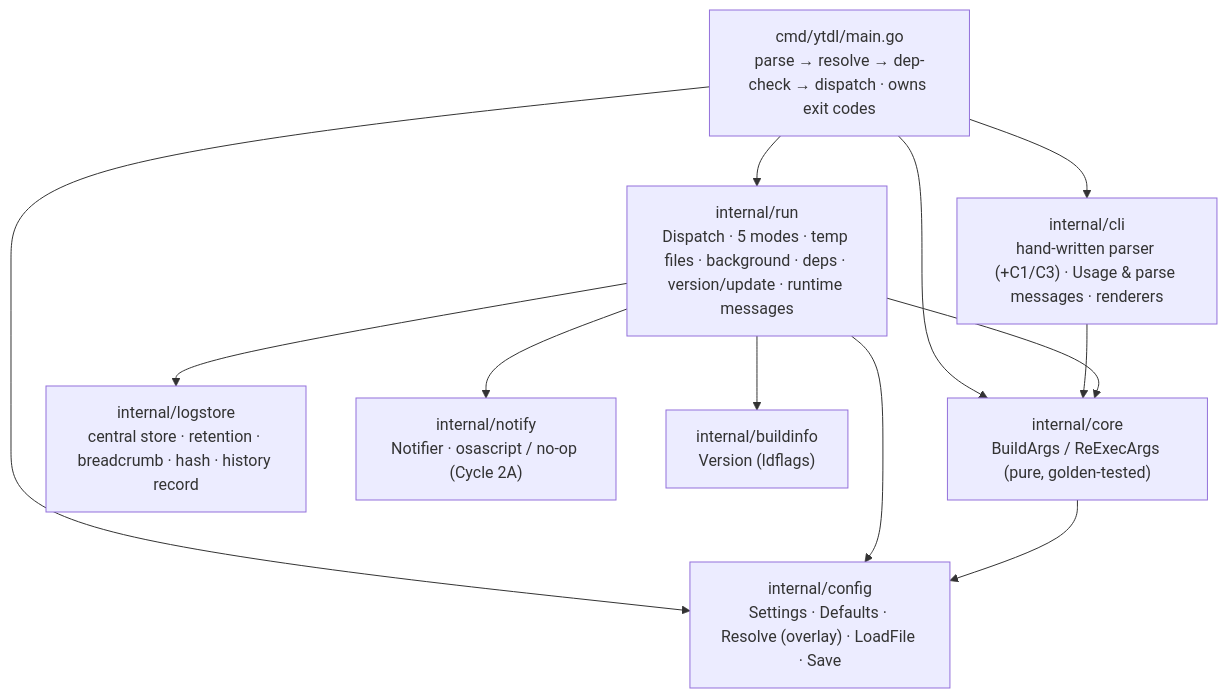
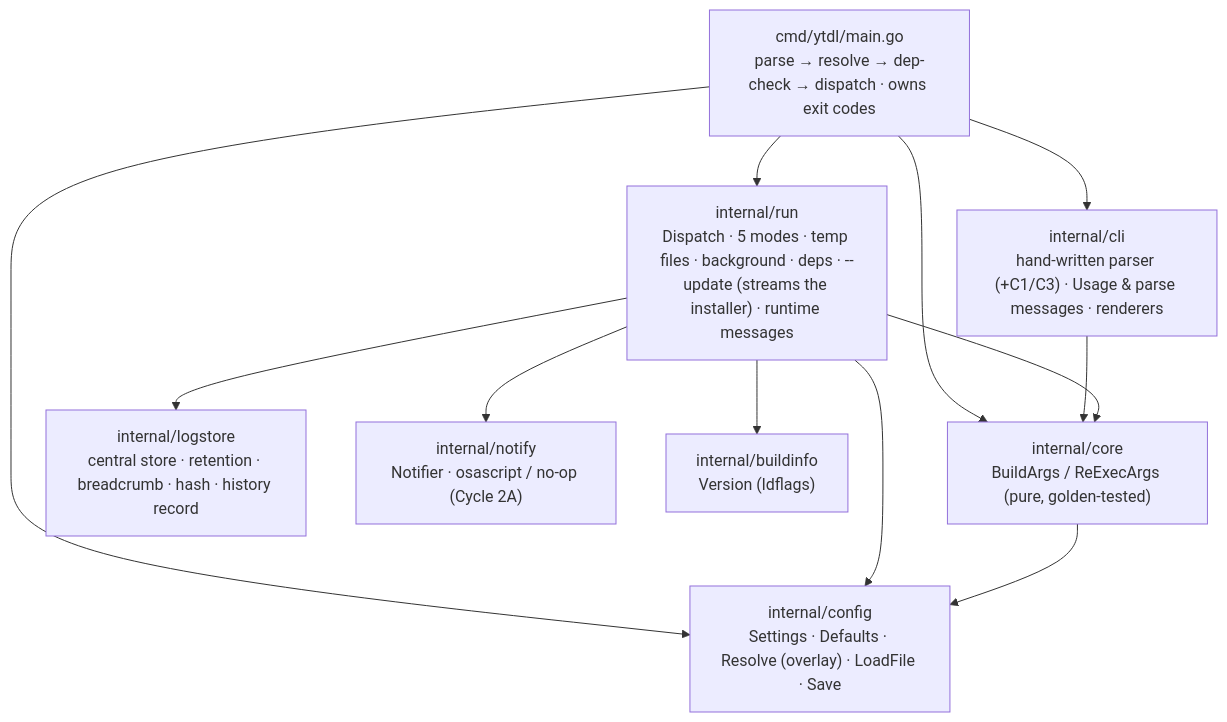
The first of 2 diagrams in docs/go-engine.md (alergyonthestage/ytdl), drawn with Mermaid before and after one commit. The commit also changed other lines of this file and 1 other file, not shown here.

````diff
--- a/docs/go-engine.md
+++ b/docs/go-engine.md
@@ -26,22 +26,22 @@
 ```mermaid
 flowchart TD
     MAIN["cmd/ytdl/main.go<br/>parse → resolve → dep-check → dispatch · owns exit codes"]
     CLI["internal/cli<br/>hand-written parser (+C1/C3) · Usage & parse messages · renderers"]
-    RUN["internal/run<br/>Dispatch · 5 modes · temp files · background · deps · version/update · runtime messages"]
+    RUN["internal/run<br/>Dispatch · 5 modes · temp files · background · deps · --update (streams the installer) · runtime messages"]
     CORE["internal/core<br/>BuildArgs / ReExecArgs (pure, golden-tested)"]
     CONFIG["internal/config<br/>Settings · Defaults · Resolve (overlay) · LoadFile · Save"]
     LOGSTORE["internal/logstore<br/>central store · retention · breadcrumb · hash · history record"]
     NOTIFY["internal/notify<br/>Notifier · osascript / no-op (Cycle 2A)"]
     BUILD["internal/buildinfo<br/>Version (ldflags)"]
     MAIN --> CLI
     MAIN --> RUN
     MAIN --> CONFIG
     MAIN --> CORE
     CLI --> CORE
     RUN --> CORE
     RUN --> CONFIG
     RUN --> LOGSTORE
     RUN --> NOTIFY
     RUN --> BUILD
     CORE --> CONFIG
 ```
````
